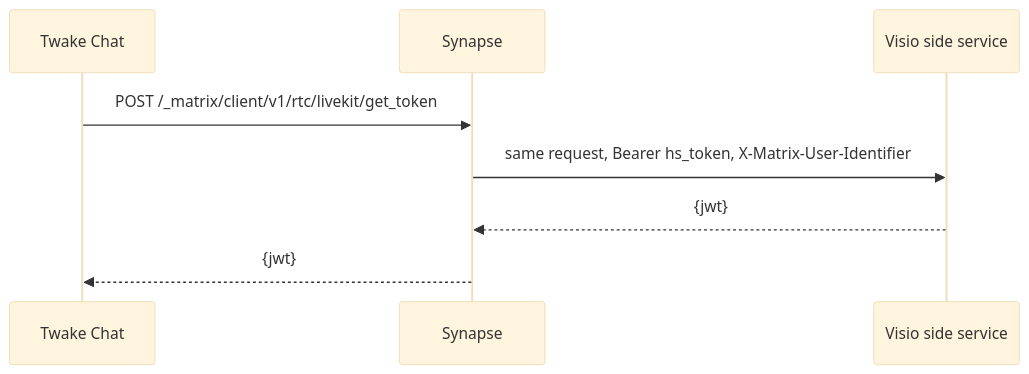
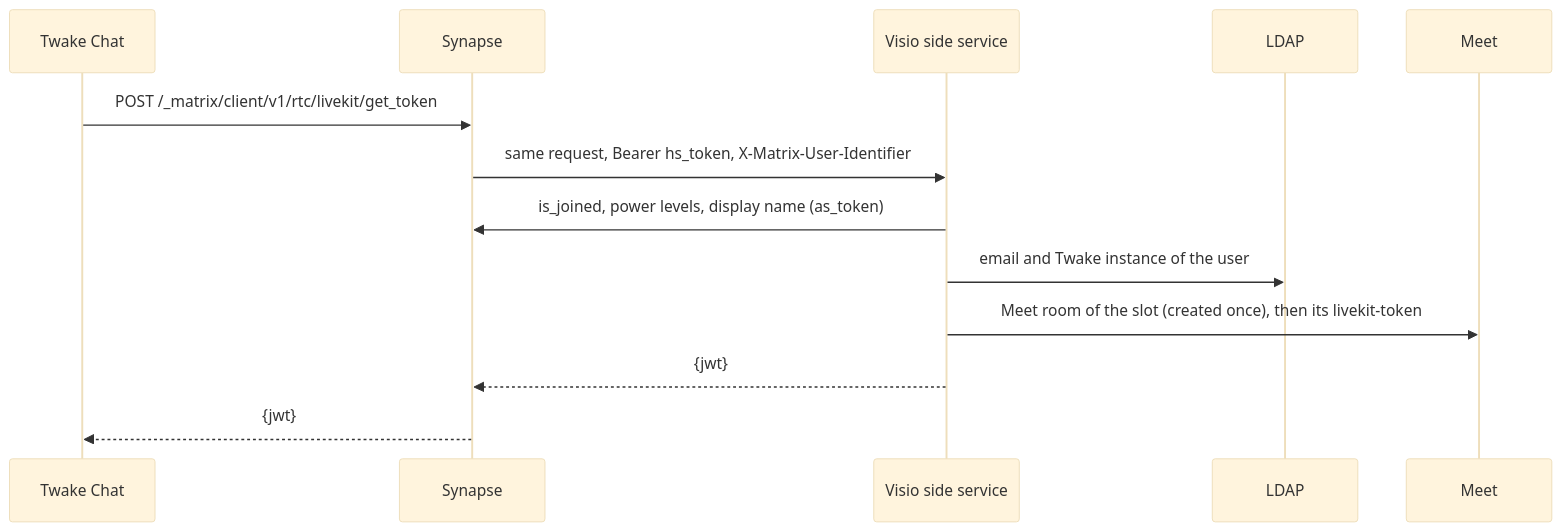
One commit to Crash--/twake-chat-visio-side-service changed the diagram in docs/deploy.md. Above: the diagram before and after it, drawn with Mermaid (base theme). The commit also changed other lines of this file and 10 other files, not shown here.

Commit message:
feat: serve get_token in the meet room of the call slot

````diff
--- a/docs/deploy.md
+++ b/docs/deploy.md
@@ -8,10 +9,15 @@
 ```mermaid
 sequenceDiagram
     participant C as Twake Chat
     participant S as Synapse
     participant V as Visio side service
+    participant L as LDAP
+    participant M as Meet
     C->>S: POST /_matrix/client/v1/rtc/livekit/get_token
     S->>V: same request, Bearer hs_token, X-Matrix-User-Identifier
+    V->>S: is_joined, power levels, display name (as_token)
+    V->>L: email and Twake instance of the user
+    V->>M: Meet room of the slot (created once), then its livekit-token
     V-->>S: {jwt}
     S-->>C: {jwt}
 ```
````
